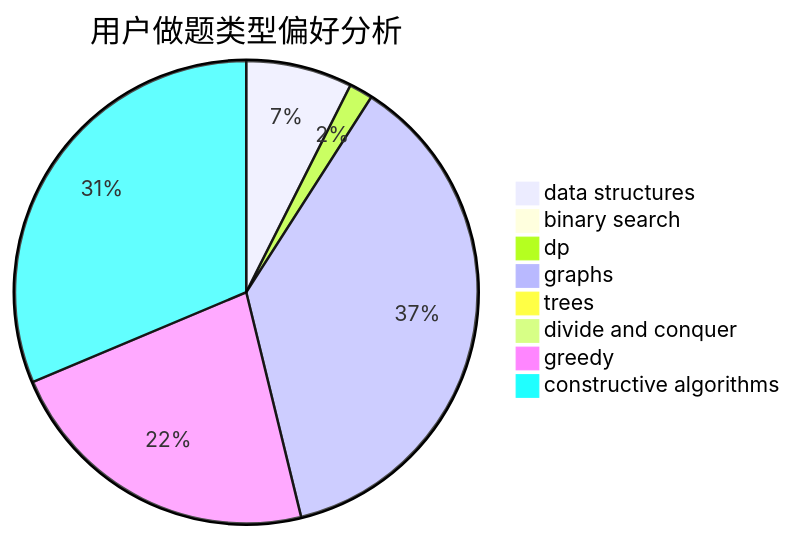
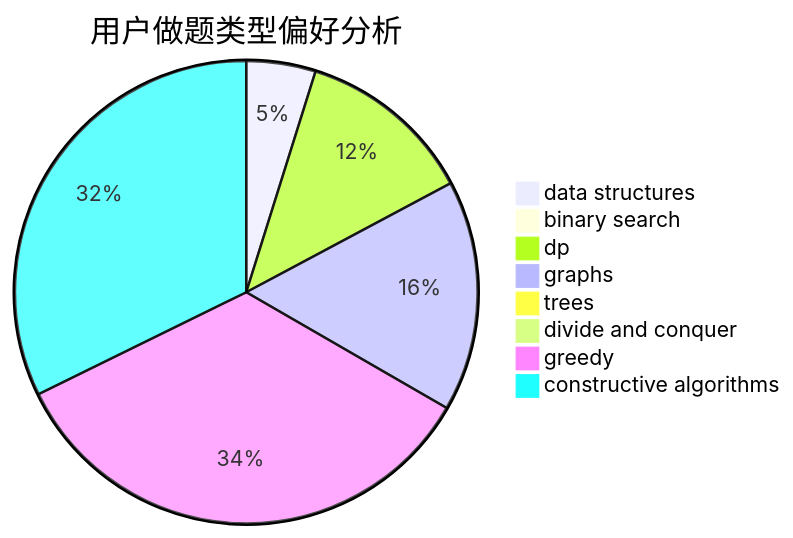
The second of 3 diagrams in docs/user/u1011.md (sherpahu/cfrs.github.io), drawn with Mermaid before and after one commit. The commit also changed other lines of this file and 2770 other files, not shown here.

````diff
--- a/docs/user/u1011.md
+++ b/docs/user/u1011.md
@@ -23,11 +23,11 @@
 ```mermaid
 pie title 用户做题类型偏好分析
-    "data structures" :  36
-    "binary search" :  0
-    "dp" :  8
-    "graphs" :  180
-    "trees" :  4
+    "data structures" :  9
+    "binary search" :  1
+    "dp" :  23
+    "graphs" :  30
+    "trees" :  0
     "divide and conquer" :  0
-    "greedy" :  109
-    "constructive algorithms" :  152
+    "greedy" :  64
+    "constructive algorithms" :  60
 ```
````
